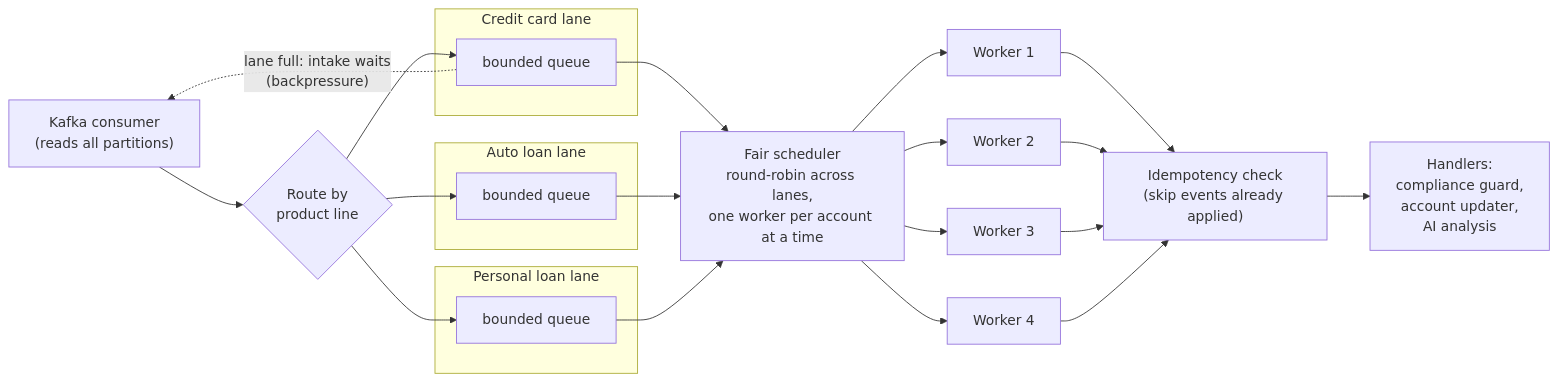
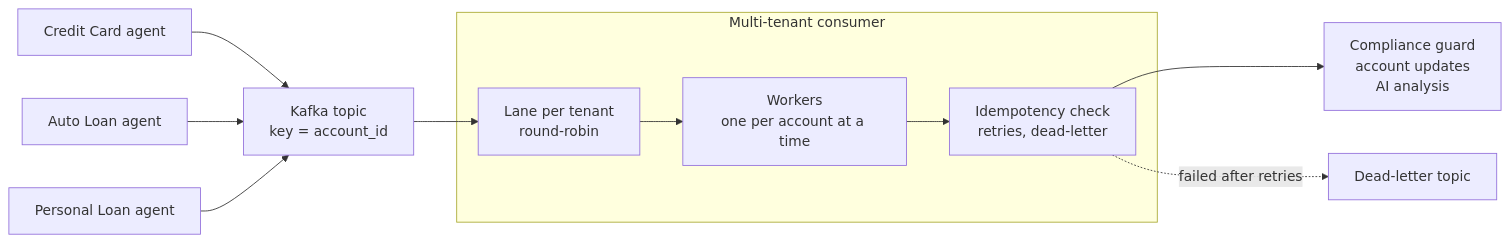
The diagram in README.md (eresh-thekbr/multi-tenant-streaming), drawn with Mermaid before and after one commit. The commit also changed other lines of this file and 79 other files, not shown here.

First line of the commit message:
Restructure as a deployable multi-tenant streaming service

````diff
--- a/README.md
+++ b/README.md
@@ -200,36 +34,13 @@
 ```mermaid
 flowchart LR
-    K["Kafka consumer<br/>(reads all partitions)"] --> R{"Route by<br/>product line"}
-
-    subgraph L1["Credit card lane"]
-        Q1["bounded queue"]
+    CC["Credit Card agent"] --> T
+    AL["Auto Loan agent"] --> T
+    PL["Personal Loan agent"] --> T
+    T["Kafka topic<br/>key = account_id"] --> D
+    subgraph S["Multi-tenant consumer"]
+        D["Lane per tenant<br/>round-robin"] --> W["Workers<br/>one per account at a time"]
+        W --> P["Idempotency check<br/>retries, dead-letter"]
     end
-    subgraph L2["Auto loan lane"]
-        Q2["bounded queue"]
-    end
-    subgraph L3["Personal loan lane"]
-        Q3["bounded queue"]
-    end
-
-    R --> Q1
-    R --> Q2
-    R --> Q3
-
-    S["Fair scheduler<br/>round-robin across lanes,<br/>one worker per account at a time"]
-    Q1 --> S
-    Q2 --> S
-    Q3 --> S
-
-    S --> W1["Worker 1"]
-    S --> W2["Worker 2"]
-    S --> W3["Worker 3"]
-    S --> W4["Worker 4"]
-
-    W1 --> ID["Idempotency check<br/>(skip events already applied)"]
-    W2 --> ID
-    W3 --> ID
-    W4 --> ID
-    ID --> H["Handlers:<br/>compliance guard,<br/>account updater,<br/>AI analysis"]
-
-    Q1 -. "lane full: intake waits<br/>(backpressure)" .-> K
+    P --> H["Compliance guard<br/>account updates<br/>AI analysis"]
+    P -. "failed after retries" .-> DLQ["Dead-letter topic"]
 ```
````
